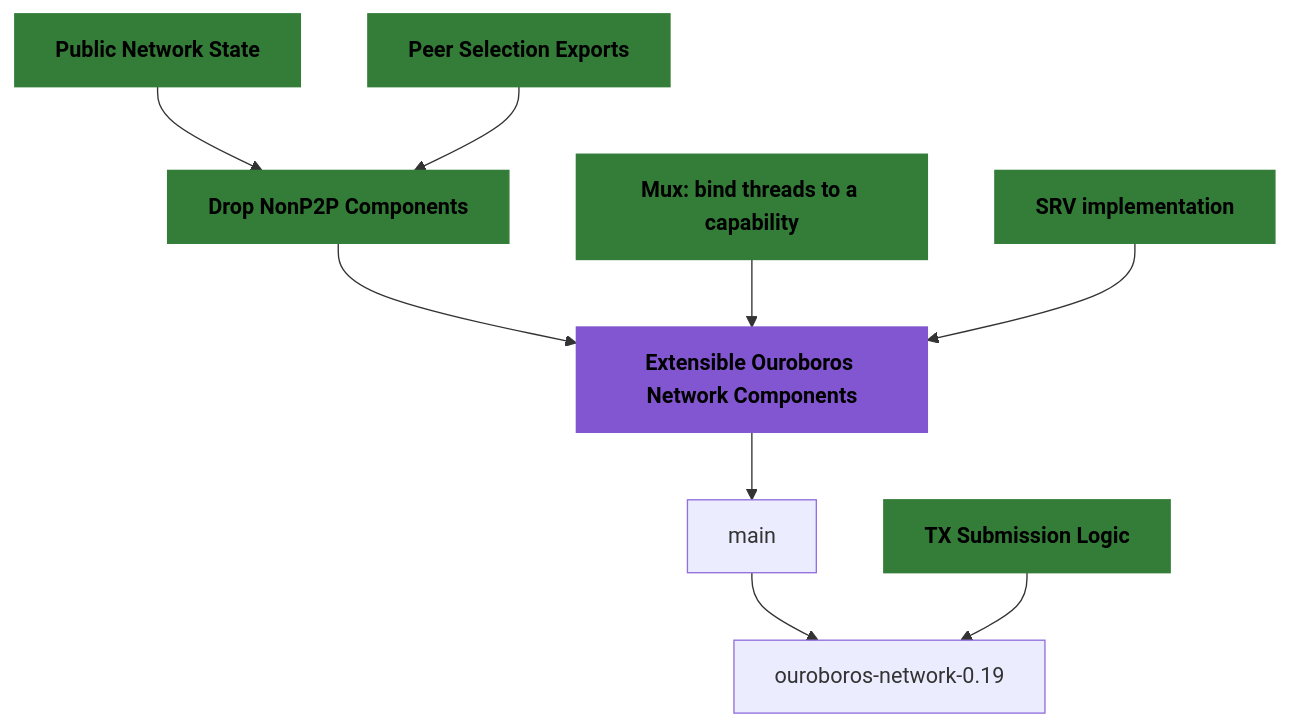
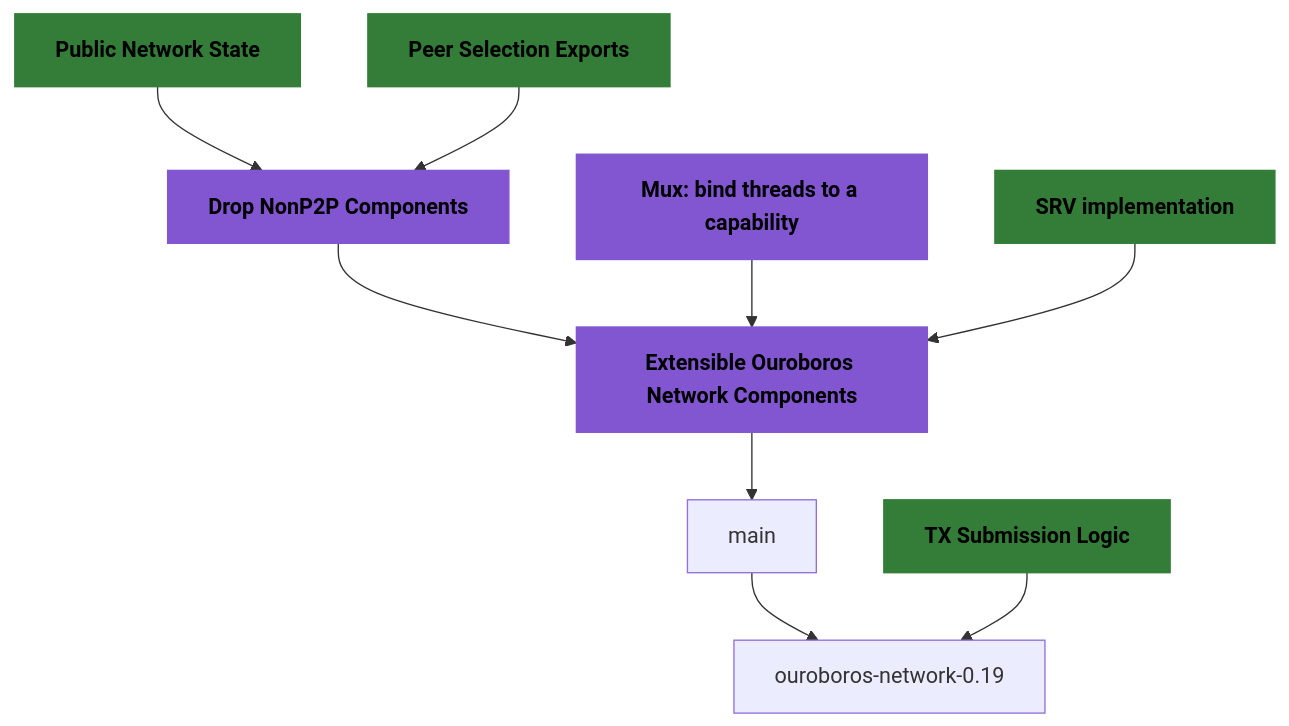
The diagram in blog/2025-02-19-network.md (IntersectMBO/cardano-updates), drawn with Mermaid before and after one commit.

Commit message:
network-update: updated PR state
It would be nice to have a GitHub link component which renders links to
PRs in a standard way.

````diff
--- a/blog/2025-02-19-network.md
+++ b/blog/2025-02-19-network.md
@@ -18,33 +18,33 @@
 ```mermaid
 flowchart TD;
   SRV[SRV implementation]:::open
-  E[Mux: bind threads to a capability]:::open
+  E[Mux: bind threads to a capability]:::merged
   D[<b>Peer Selection Exports</b>]:::open
   C[Public Network State]:::open
-  B[Drop NonP2P Components]:::open
+  B[Drop NonP2P Components]:::merged
   A[Extensible Ouroboros Network Components]:::merged
   MAIN[main]
   ouroboros-network-0.19
   tx[TX Submission Logic]:::open
 
 
   B-->A;
   C-->B;
   D-->B;
   E-->A;
   A-->MAIN
   SRV-->A;
   MAIN-->ouroboros-network-0.19
   tx-->ouroboros-network-0.19
 
   click A "https://github.com/IntersectMBO/ouroboros-network/pull/5016" _blank
   click B "https://github.com/IntersectMBO/ouroboros-network/pull/5007" _blank
   click C "https://github.com/IntersectMBO/ouroboros-network/pull/5046" _blank
   click D "https://github.com/IntersectMBO/ouroboros-network/pull/5081" _blank
   click E "https://github.com/IntersectMBO/ouroboros-network/pull/5069" _blank
   click SRV "https://github.com/IntersectMBO/ouroboros-network/pull/5018" _blank
   click tx "https://github.com/IntersectMBO/ouroboros-network/pull/4887" _blank
 
   classDef merged color:#000000, stroke:#8256D0, fill:#8256D0, font-weight:bold
   classDef open color:#000000, stroke:#347D39, fill:#347D39, font-weight:bold
 ```
````
